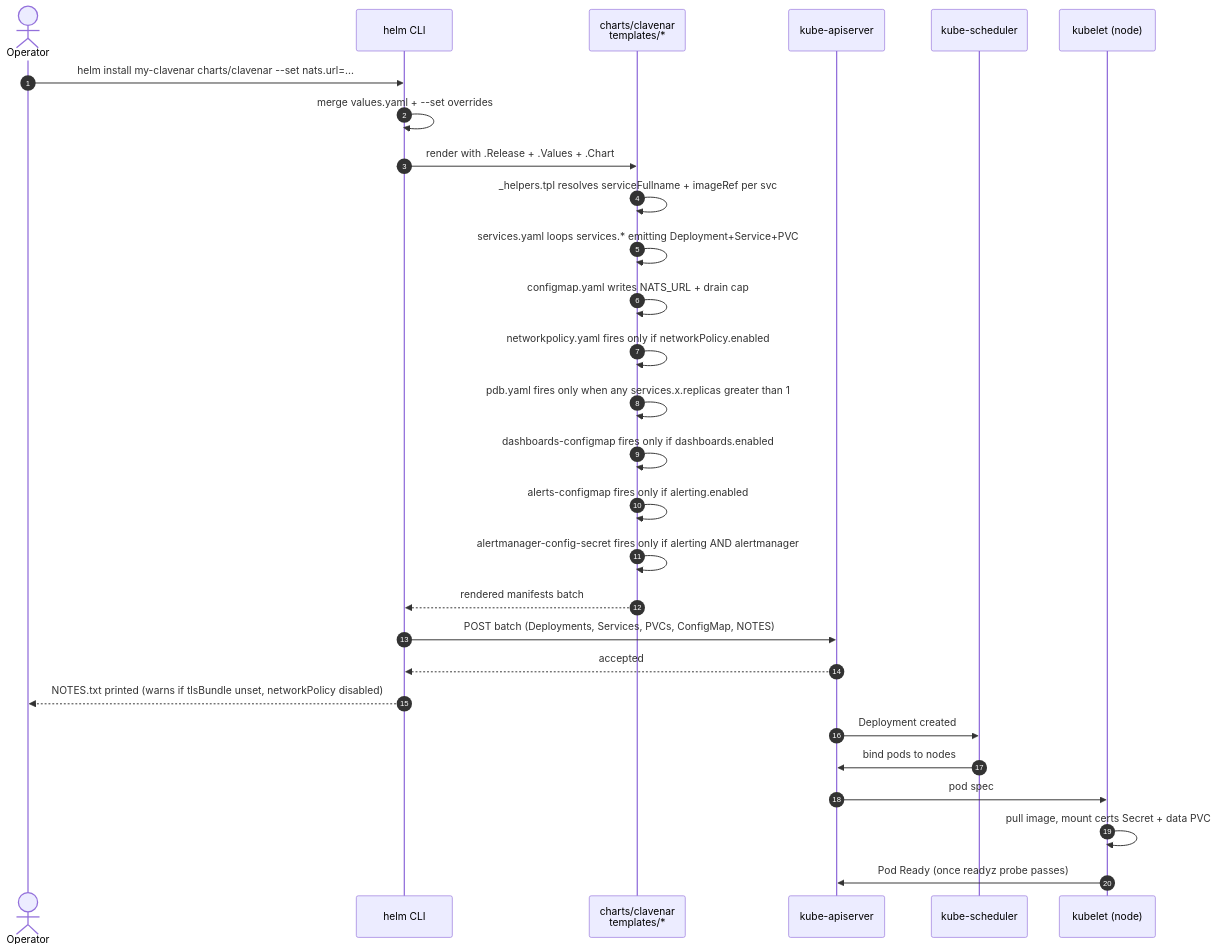
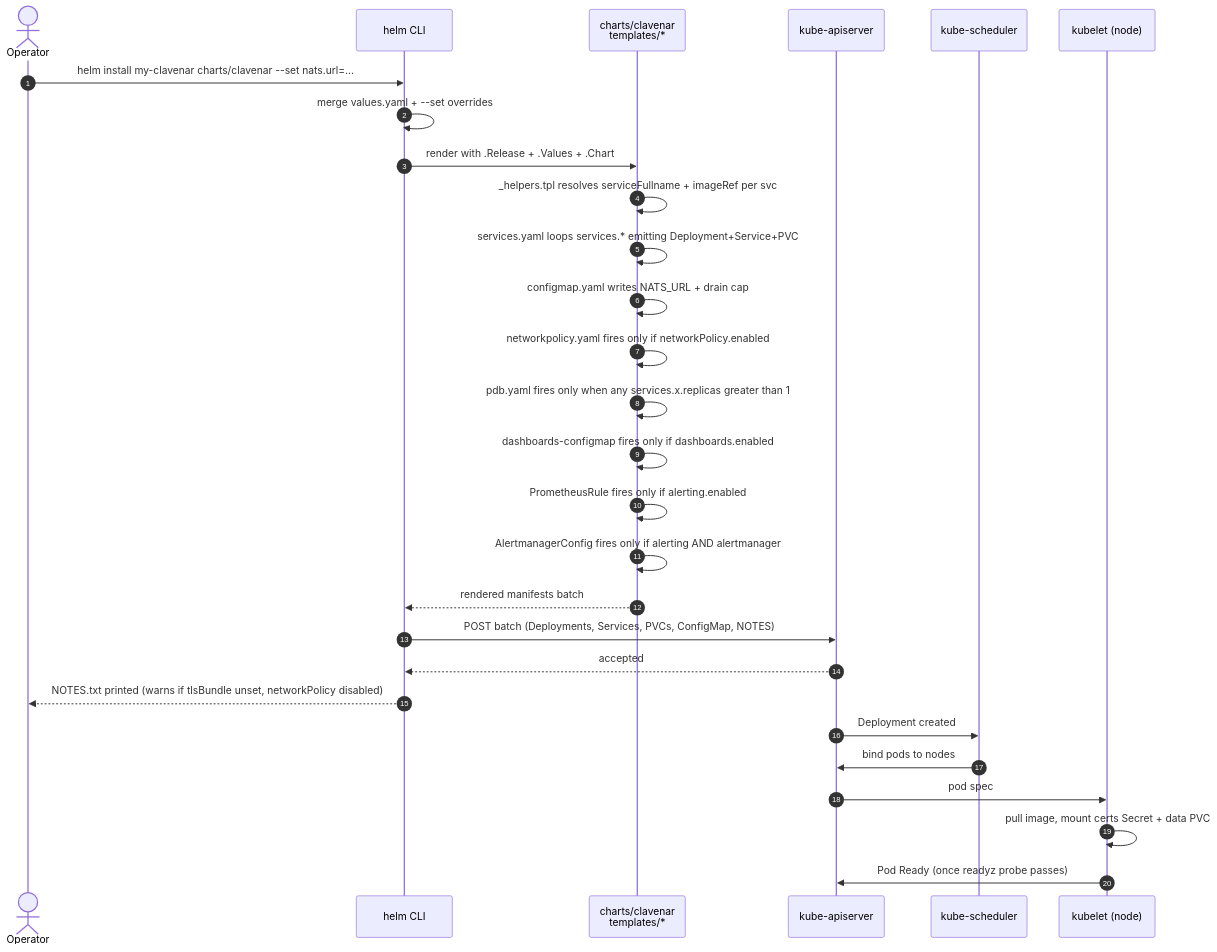
Before and after one commit to clavenar/clavenar-charts: the first of 8 diagrams in docs/SEQUENCES.md, drawn with Mermaid. The commit also changed other lines of this file and 10 other files, not shown here.

````diff
--- a/docs/SEQUENCES.md
+++ b/docs/SEQUENCES.md
@@ -26,31 +26,31 @@
 ```mermaid
 sequenceDiagram
     autonumber
     actor Op as Operator
     participant Helm as helm CLI
     participant Tpl as charts/clavenar<br/>templates/*
     participant API as kube-apiserver
     participant Sched as kube-scheduler
     participant Kube as kubelet (node)
 
     Op->>Helm: helm install my-clavenar charts/clavenar --set nats.url=...
     Helm->>Helm: merge values.yaml + --set overrides
     Helm->>Tpl: render with .Release + .Values + .Chart
     Tpl->>Tpl: _helpers.tpl resolves serviceFullname + imageRef per svc
     Tpl->>Tpl: services.yaml loops services.* emitting Deployment+Service+PVC
     Tpl->>Tpl: configmap.yaml writes NATS_URL + drain cap
     Tpl->>Tpl: networkpolicy.yaml fires only if networkPolicy.enabled
     Tpl->>Tpl: pdb.yaml fires only when any services.x.replicas greater than 1
     Tpl->>Tpl: dashboards-configmap fires only if dashboards.enabled
-    Tpl->>Tpl: alerts-configmap fires only if alerting.enabled
-    Tpl->>Tpl: alertmanager-config-secret fires only if alerting AND alertmanager
+    Tpl->>Tpl: PrometheusRule fires only if alerting.enabled
+    Tpl->>Tpl: AlertmanagerConfig fires only if alerting AND alertmanager
     Tpl-->>Helm: rendered manifests batch
     Helm->>API: POST batch (Deployments, Services, PVCs, ConfigMap, NOTES)
     API-->>Helm: accepted
     Helm-->>Op: NOTES.txt printed (warns if tlsBundle unset, networkPolicy disabled)
     API->>Sched: Deployment created
     Sched->>API: bind pods to nodes
     API->>Kube: pod spec
     Kube->>Kube: pull image, mount certs Secret + data PVC
     Kube->>API: Pod Ready (once readyz probe passes)
 ```
````
